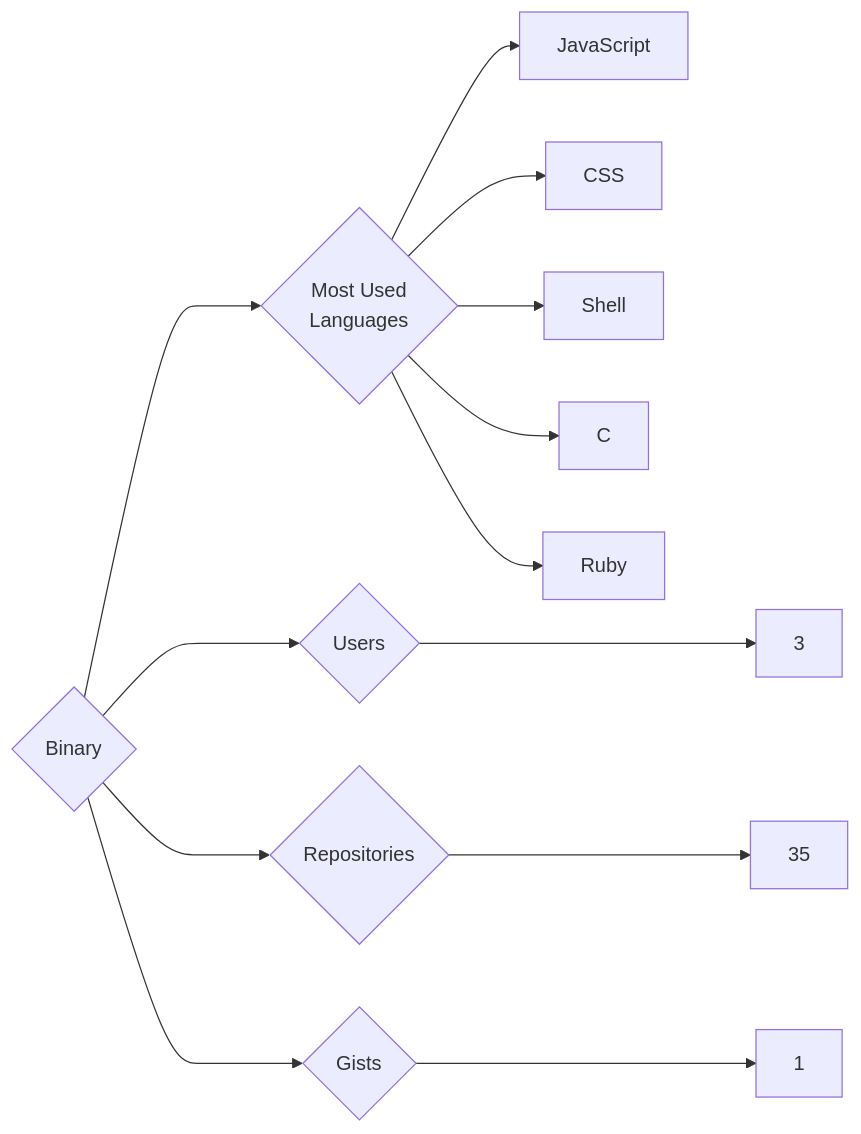
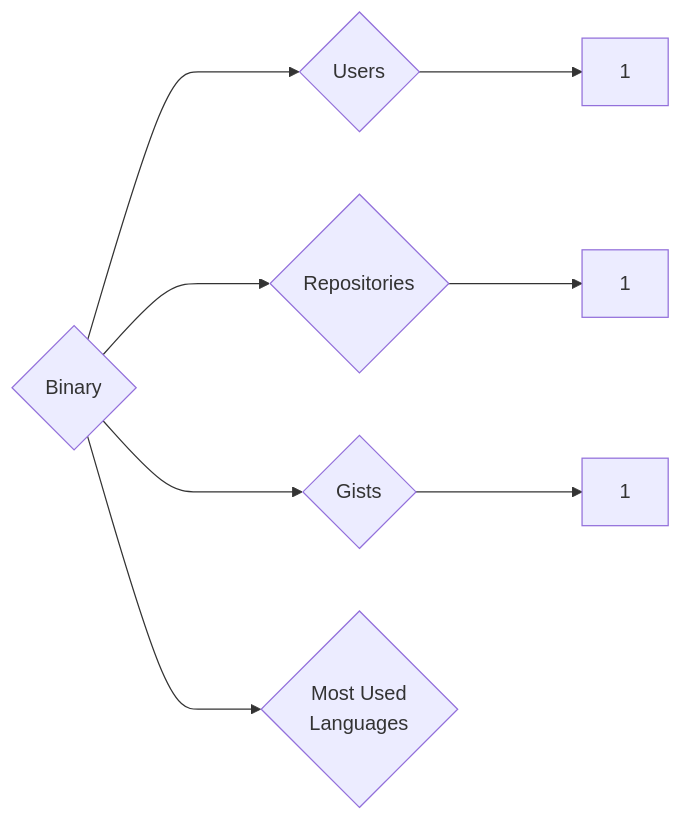
One commit to trickest/insiders changed the diagram in targets/Binary/README.md. Above: the diagram before and after it, drawn with Mermaid. The commit also changed 682 other files, not shown here.

````diff
--- a/targets/Binary/README.md
+++ b/targets/Binary/README.md
@@ -3,13 +3,8 @@
 ```mermaid
 graph LR
 COMPANY_NAME{Binary}
-COMPANY_NAME ---> U{Users} ---> UN[3]
-COMPANY_NAME ---> R{Repositories} ---> RN[35]
+COMPANY_NAME ---> U{Users} ---> UN[1]
+COMPANY_NAME ---> R{Repositories} ---> RN[1]
 COMPANY_NAME ---> G{Gists} ---> GN[1]
 COMPANY_NAME ---> ML{Most Used<br>Languages}
-ML --> JavaScript[JavaScript]
-ML --> CSS[CSS]
-ML --> Shell[Shell]
-ML --> C[C]
-ML --> Ruby[Ruby]
 ```
````
